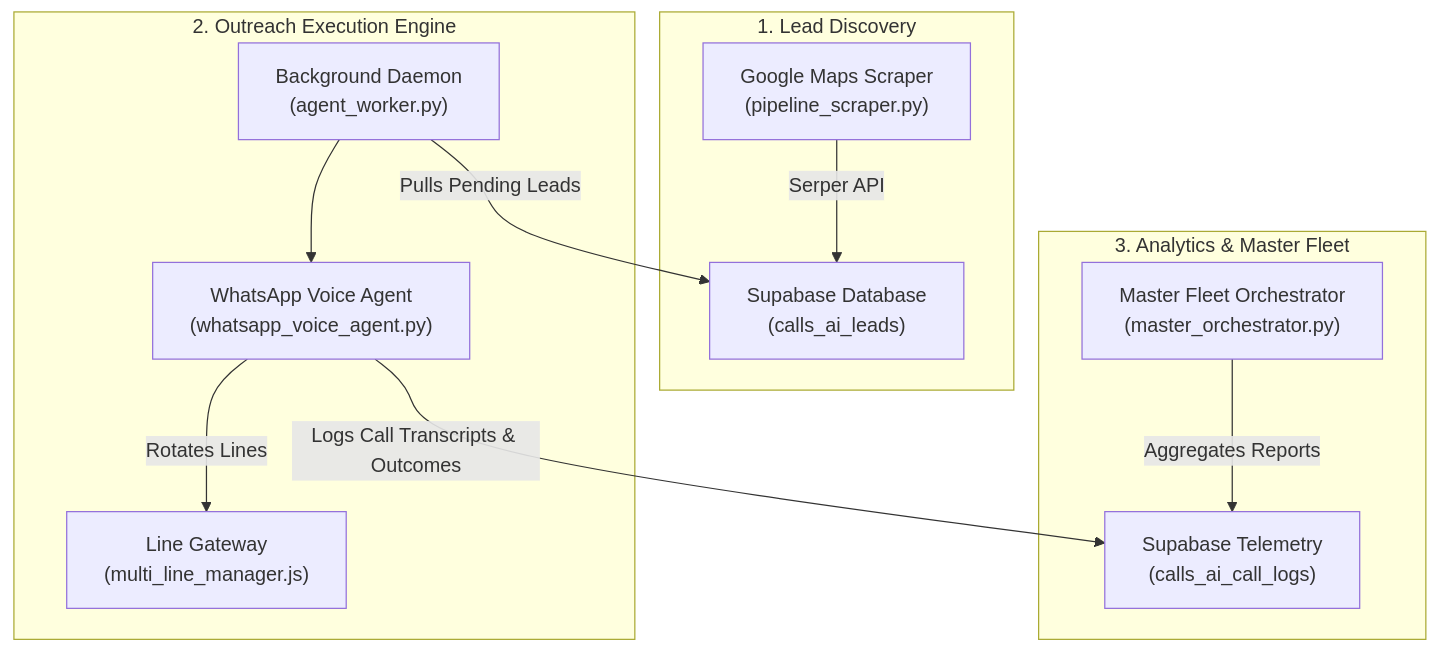
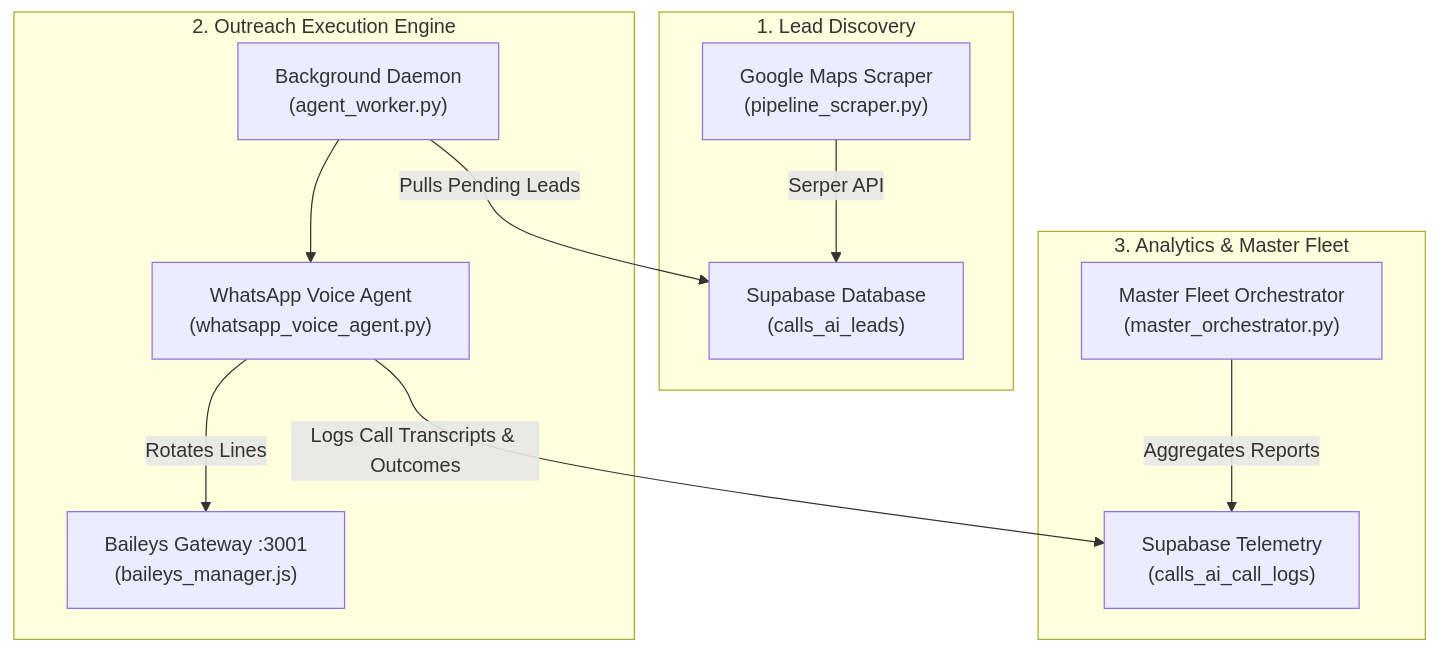
The diagram in CALLING_AGENT_GUIDE.md (12345Shahid/Automation-Tools), drawn with Mermaid before and after one commit. The commit also changed other lines of this file, not shown here.

Commit message:
Update CALLING_AGENT_GUIDE with live Baileys gateway and test execution

````diff
--- a/CALLING_AGENT_GUIDE.md
+++ b/CALLING_AGENT_GUIDE.md
@@ -25,17 +27,17 @@
 ```mermaid
 flowchart TD
     subgraph Lead_Generation["1. Lead Discovery"]
         A["Google Maps Scraper\n(pipeline_scraper.py)"] -->|Serper API| B["Supabase Database\n(calls_ai_leads)"]
     end
 
     subgraph Agent_Core["2. Outreach Execution Engine"]
         C["Background Daemon\n(agent_worker.py)"] -->|Pulls Pending Leads| B
         C --> D["WhatsApp Voice Agent\n(whatsapp_voice_agent.py)"]
-        D -->|Rotates Lines| E["Line Gateway\n(multi_line_manager.js)"]
+        D -->|Rotates Lines| E["Baileys Gateway :3001\n(baileys_manager.js)"]
     end
 
     subgraph Telemetry["3. Analytics & Master Fleet"]
         D -->|Logs Call Transcripts & Outcomes| F["Supabase Telemetry\n(calls_ai_call_logs)"]
         G["Master Fleet Orchestrator\n(master_orchestrator.py)"] -->|Aggregates Reports| F
     end
 ```
````
